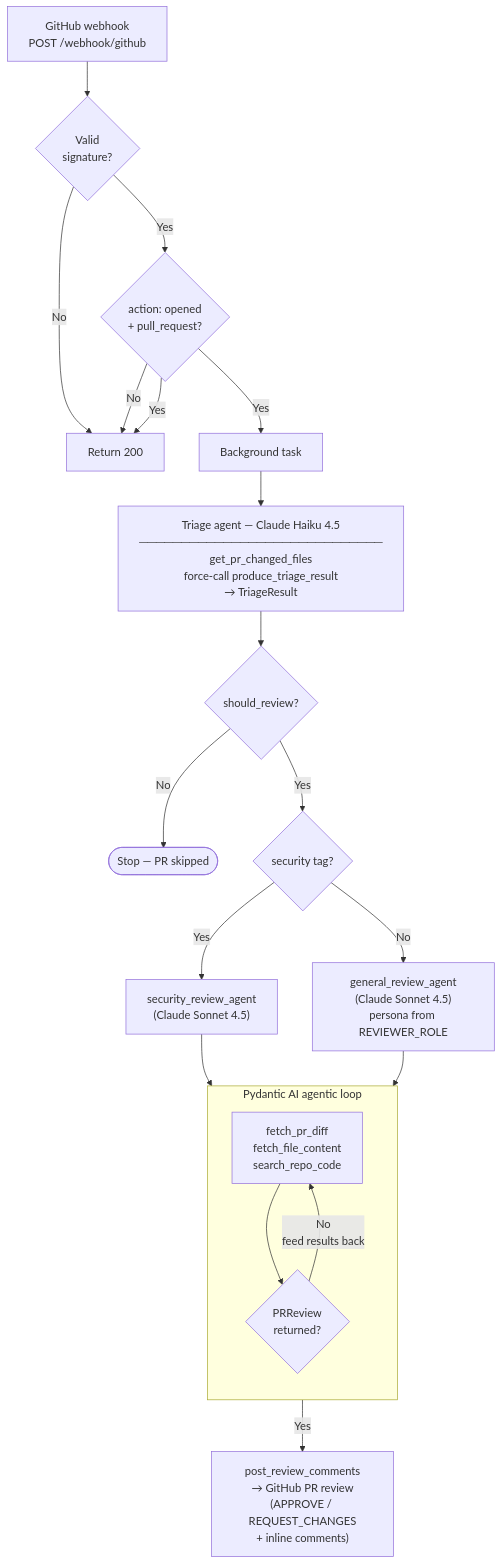
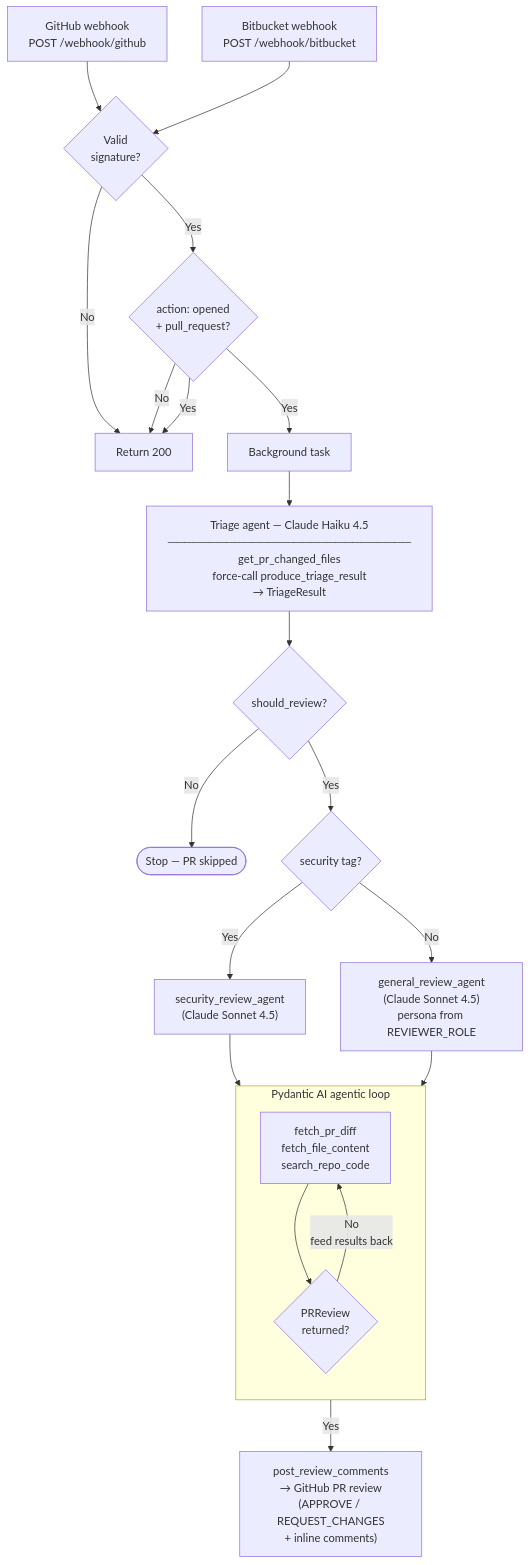
One commit to carsten-j/pr-review-agent changed the diagram in README.md. Above: the diagram before and after it, drawn with Mermaid. The commit also changed other lines of this file and 17 other files, not shown here.

````diff
--- a/README.md
+++ b/README.md
@@ -202,43 +242,45 @@
 ```mermaid
 flowchart TD
     GH[GitHub webhook\nPOST /webhook/github]
+    BB[Bitbucket webhook\nPOST /webhook/bitbucket]
     SIG{Valid\nsignature?}
     ACT{action: opened\n+ pull_request?}
     RET[Return 200]
     BG[Background task]
 
     TRIAGE["Triage agent — Claude Haiku 4.5\n─────────────────────────────\nget_pr_changed_files\nforce-call produce_triage_result\n→ TriageResult"]
 
     SR{should_review?}
     STOP([Stop — PR skipped])
 
     SEC{security tag?}
     SECAGENT["security_review_agent\n(Claude Sonnet 4.5)"]
     GENAGENT["general_review_agent\n(Claude Sonnet 4.5)\npersona from REVIEWER_ROLE"]
 
     subgraph LOOP ["Pydantic AI agentic loop"]
         direction TB
         TOOLS["fetch_pr_diff\nfetch_file_content\nsearch_repo_code"]
         DONE{PRReview\nreturned?}
     end
 
     POST["post_review_comments\n→ GitHub PR review\n(APPROVE / REQUEST_CHANGES\n+ inline comments)"]
 
     GH --> SIG
+    BB --> SIG
     SIG -- No --> RET
     SIG -- Yes --> ACT
     ACT -- No --> RET
     ACT -- Yes --> RET & BG
 
     BG --> TRIAGE
     TRIAGE --> SR
     SR -- No --> STOP
     SR -- Yes --> SEC
 
     SEC -- Yes --> SECAGENT --> LOOP
     SEC -- No --> GENAGENT --> LOOP
 
     TOOLS --> DONE
     DONE -- No\nfeed results back --> TOOLS
     DONE -- Yes --> POST
 ```
````
